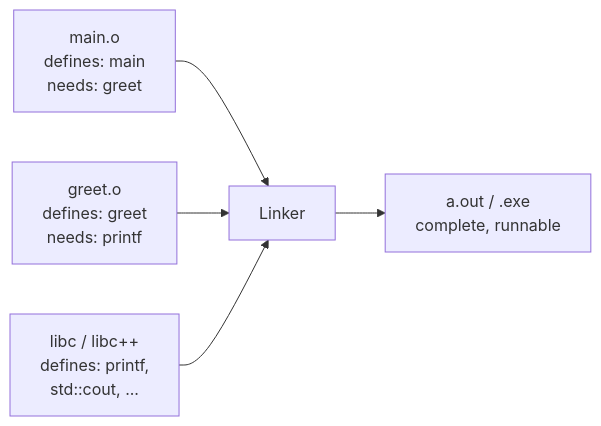
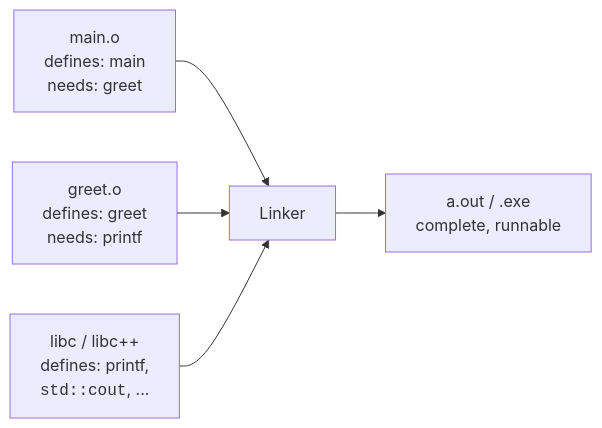
The third of 4 diagrams in content/learn/from-zero-to-cpp/compilation-pipeline.mdx (dataslope/dataslope), drawn with Mermaid before and after one commit. The commit also changed other lines of this file and 153 other files, not shown here.

First line of the commit message:
Render code-only mermaid shapes in monospace; convert step sequences to Steps

````diff
--- a/content/learn/from-zero-to-cpp/compilation-pipeline.mdx
+++ b/content/learn/from-zero-to-cpp/compilation-pipeline.mdx
@@ -175,7 +175,7 @@
 ```mermaid
 flowchart LR
     M[main.o<br/>defines: main<br/>needs: greet] --> L[Linker]
     G[greet.o<br/>defines: greet<br/>needs: printf] --> L
-    S[libc / libc++<br/>defines: printf,<br/>std::cout, ...] --> L
+    S["libc / libc++<br/>defines: printf,<br/><code>std::cout</code>, ..."] --> L
     L --> E[a.out / .exe<br/>complete, runnable]
 ```
````
